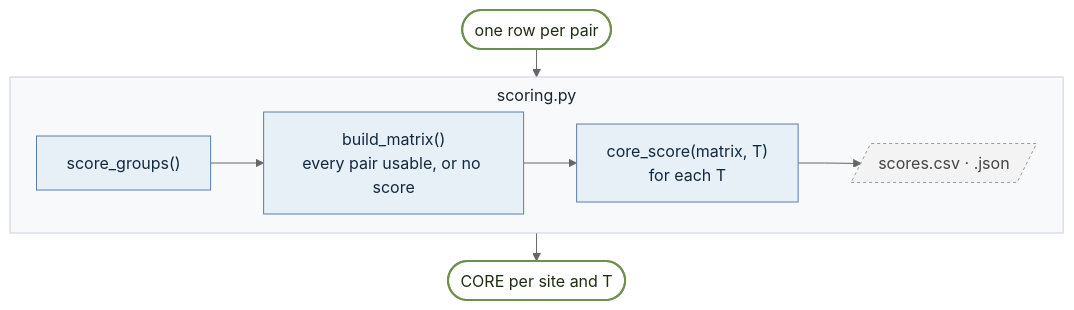
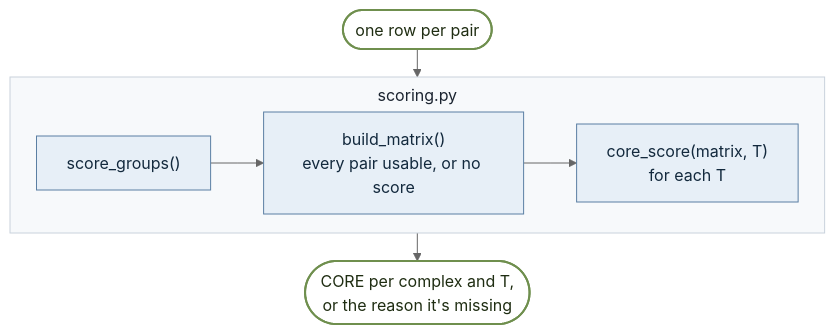
One commit to James-Broster/core-score changed the seventh of 9 diagrams in docs/code-map.md. Above: the diagram before and after it, drawn with Mermaid (neutral theme). The commit also changed other lines of this file and 17 other files, not shown here.

````diff
--- a/docs/code-map.md
+++ b/docs/code-map.md
@@ -325,21 +324,19 @@
 ```mermaid
 %%{init: {"flowchart": {"curve": "linear", "nodeSpacing": 18, "rankSpacing": 28, "subGraphTitleMargin": {"top": 6, "bottom": 10}}}}%%
 flowchart TB
     classDef fn fill:#e7eff7,stroke:#5b7fa3,color:#13293d
-    classDef ost fill:#fbedd5,stroke:#b07a1e,color:#3d2a08
     classDef data fill:#ffffff,stroke:#6f8f4e,color:#1f2d12,stroke-width:2px
-    classDef file fill:#f3f3f3,stroke:#9a9a9a,color:#444,stroke-dasharray:3 3
     classDef stage fill:#f7f9fb,stroke:#c9d2dc,color:#1b2430
 
     start(["one row per pair"]):::data
 
     subgraph K1["scoring.py"]
         direction LR
-        a1["score_groups()"]:::fn --> a2["build_matrix()<br/>every pair usable, or no score"]:::fn --> a3["core_score(matrix, T)<br/>for each T"]:::fn --> a4[/"scores.csv · .json"/]:::file
+        a1["score_groups()"]:::fn --> a2["build_matrix()<br/>every pair usable, or no score"]:::fn --> a3["core_score(matrix, T)<br/>for each T"]:::fn
     end
-    d1(["CORE per site and T"]):::data
+    d1(["CORE per complex and T,<br/>or the reason it's missing"]):::data
 
     start --> K1 --> d1
 
     class K1 stage
 ```
````
